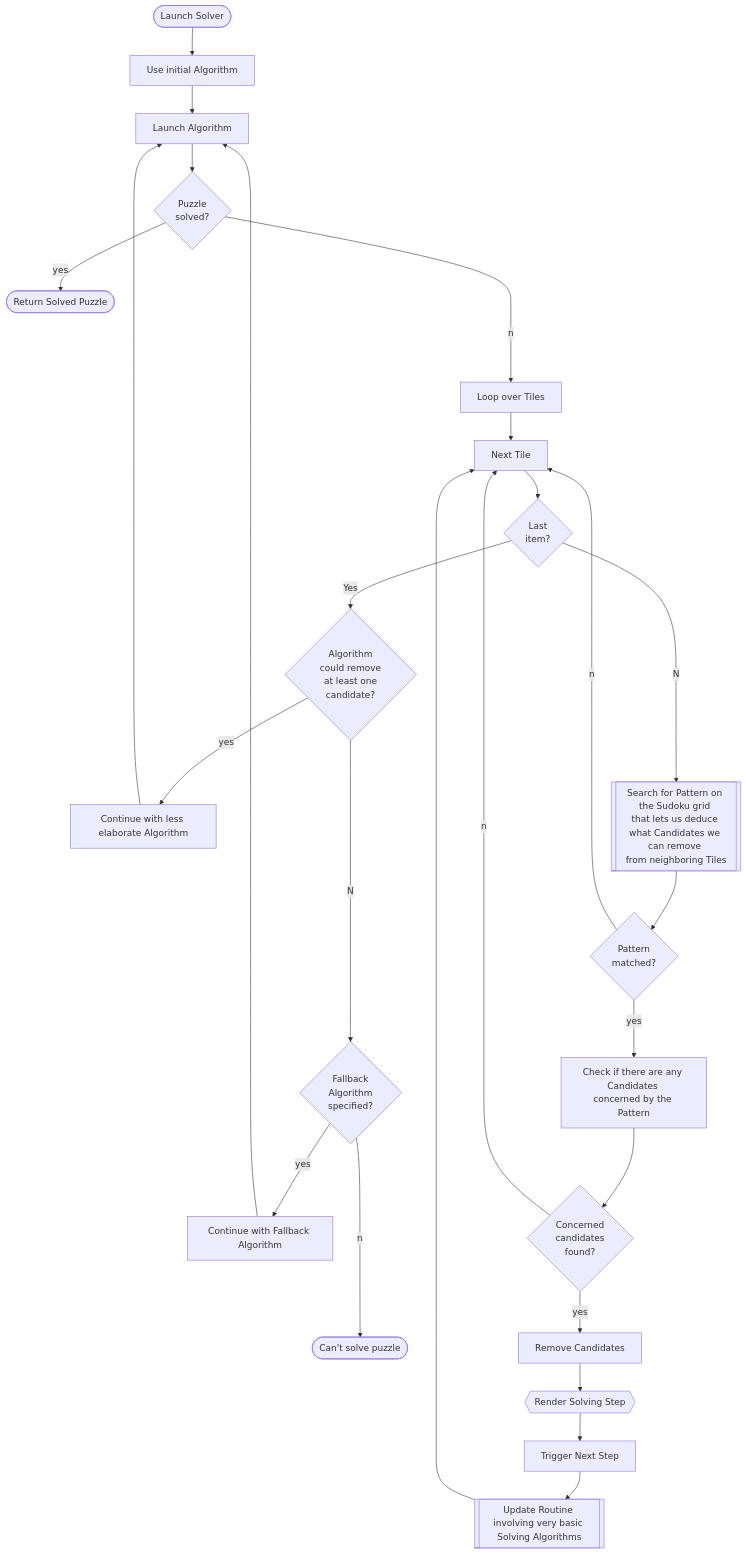
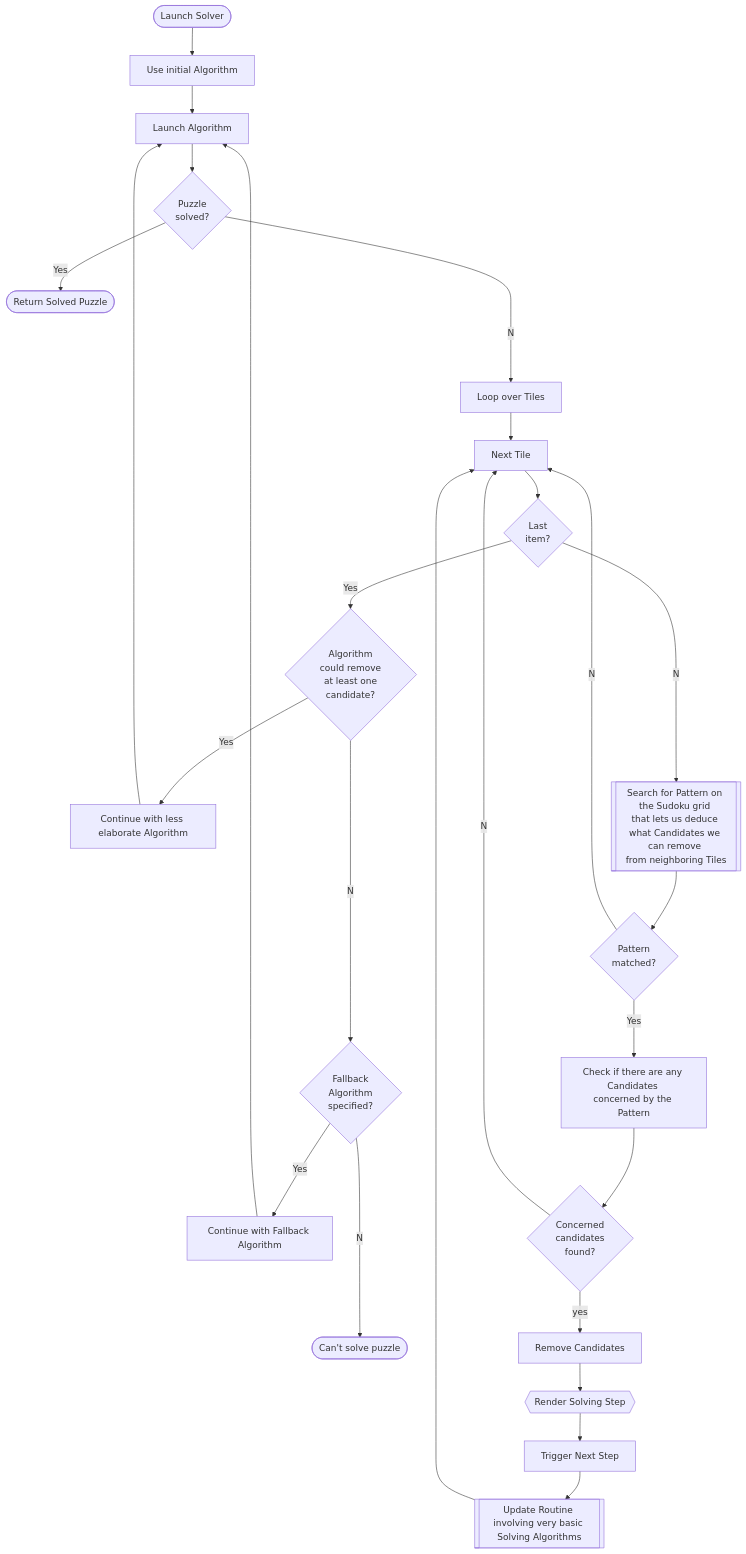
The diagram in docs/content/solving_process.md (wyssard/sudoku2), drawn with Mermaid before and after one commit. The commit also changed other lines of this file and 12 other files, not shown here.

````diff
--- a/docs/content/solving_process.md
+++ b/docs/content/solving_process.md
@@ -16,39 +9,39 @@
 ```mermaid
 flowchart
     init([Launch Solver]) --> InitialAlgorithm[Use initial Algorithm]
     InitialAlgorithm --> LaunchSolver[Launch Algorithm] 
     LaunchSolver --> Solved{Puzzle \nsolved?}
 
-    Solved --yes--> Return([Return Solved Puzzle])
+    Solved --Yes--> Return([Return Solved Puzzle])
 
-    Solved --no---> SolverLoop[Loop over Tiles]
+    Solved --No---> SolverLoop[Loop over Tiles]
     SolverLoop --> Increase[Next Tile]
     Increase --> TerminateLoop{Last \nitem?}
     
     TerminateLoop --Yes--> CheckSuccess{Algorithm \ncould remove \nat least one\n candidate?}
     
     CheckSuccess --No---> FallbackLeft{Fallback \nAlgorithm \nspecified?}
-    FallbackLeft --yes--> Fallback[Continue with Fallback Algorithm]
+    FallbackLeft --Yes--> Fallback[Continue with Fallback Algorithm]
 
-    CheckSuccess --yes--> Advance[Continue with less elaborate Algorithm]
+    CheckSuccess --Yes--> Advance[Continue with less elaborate Algorithm]
     Fallback & Advance --> LaunchSolver
 
-    FallbackLeft --no--> Fail([Can't solve puzzle])
+    FallbackLeft --No--> Fail([Can't solve puzzle])
 
     TerminateLoop --No--> FindPattern[[Search for Pattern on the Sudoku grid \nthat lets us deduce \nwhat Candidates we can remove \nfrom neighboring Tiles]]
     FindPattern --> PatternFound{Pattern \nmatched?}
 
-    PatternFound --no--> Increase
+    PatternFound --No--> Increase
 
-    PatternFound --yes--> TryRemove[Check if there are any Candidates \nconcerned by the Pattern]
+    PatternFound --Yes--> TryRemove[Check if there are any Candidates \nconcerned by the Pattern]
     TryRemove --> ToRemove{Concerned\ncandidates\nfound?}
 
-    ToRemove --no--> Increase
+    ToRemove --No--> Increase
 
     ToRemove --yes--> Remove[Remove Candidates]
     Remove --> Render{{Render Solving Step}}
     Render --> Trigger[Trigger Next Step]
     Trigger --> CleanUp[[Update Routine involving very basic Solving Algorithms]]
     CleanUp --> Increase
     
 ```
````
